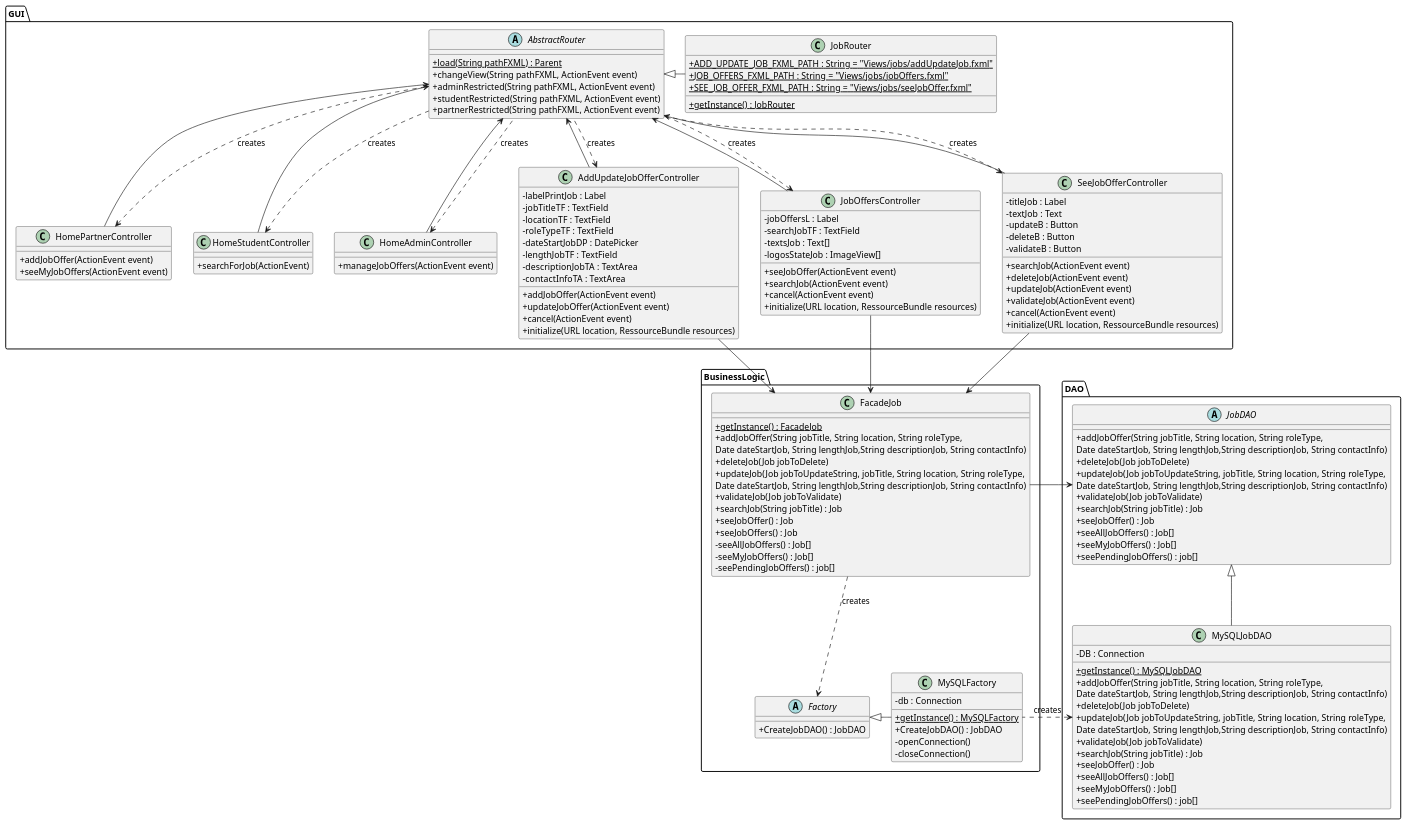
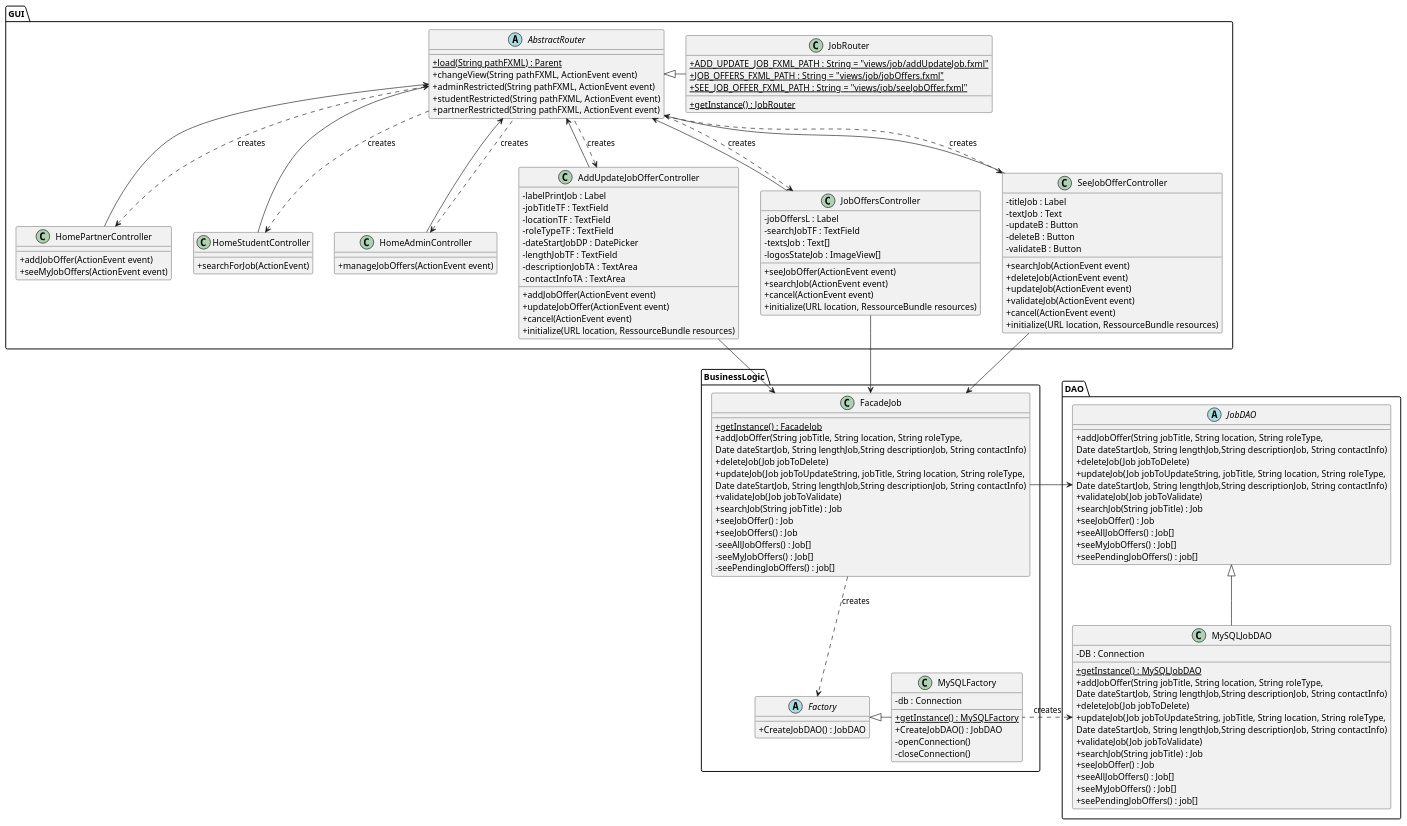
The diagram in project_diagrams/classDiagrams/jobManagement.puml (guiguie34/StudEasy), drawn with PlantUML before and after one commit. The commit also changed 7 other files, not shown here.

Commit message:
Fix : path views in the routers

```diff
--- a/project_diagrams/classDiagrams/jobManagement.puml
+++ b/project_diagrams/classDiagrams/jobManagement.puml
@@ -1,167 +1,167 @@
 @startuml
 skinparam classAttributeIconSize 0
 
 package GUI{
     abstract class AbstractRouter{
         + {static} load(String pathFXML) : Parent
         + changeView(String pathFXML, ActionEvent event)
         + adminRestricted(String pathFXML, ActionEvent event)
         + studentRestricted(String pathFXML, ActionEvent event)
         + partnerRestricted(String pathFXML, ActionEvent event)
     }
 
     class JobRouter{
-        + {static} ADD_UPDATE_JOB_FXML_PATH : String = "Views/jobs/addUpdateJob.fxml"
-        + {static} JOB_OFFERS_FXML_PATH : String = "Views/jobs/jobOffers.fxml"
-        + {static} SEE_JOB_OFFER_FXML_PATH : String = "Views/jobs/seeJobOffer.fxml"
+        + {static} ADD_UPDATE_JOB_FXML_PATH : String = "views/job/addUpdateJob.fxml"
+        + {static} JOB_OFFERS_FXML_PATH : String = "views/job/jobOffers.fxml"
+        + {static} SEE_JOB_OFFER_FXML_PATH : String = "views/job/seeJobOffer.fxml"
         + {static} getInstance() : JobRouter
     }
 
     class HomePartnerController{
         + addJobOffer(ActionEvent event)
         + seeMyJobOffers(ActionEvent event)
     }
 
     class HomeStudentController{
         + searchForJob(ActionEvent)
     }
 
     class HomeAdminController{
         + manageJobOffers(ActionEvent event)
     }
 
     class AddUpdateJobOfferController{
         - labelPrintJob : Label
         - jobTitleTF : TextField
         - locationTF : TextField
         - roleTypeTF : TextField
         - dateStartJobDP : DatePicker
         - lengthJobTF : TextField
         - descriptionJobTA : TextArea
         - contactInfoTA : TextArea
         + addJobOffer(ActionEvent event)
         + updateJobOffer(ActionEvent event)
         + cancel(ActionEvent event)
         + initialize(URL location, RessourceBundle resources)
     }
 
     class JobOffersController{
         - jobOffersL : Label
         - searchJobTF : TextField
         - textsJob : Text[]
         - logosStateJob : ImageView[]
         + seeJobOffer(ActionEvent event)
         + searchJob(ActionEvent event)
         + cancel(ActionEvent event)
         + initialize(URL location, RessourceBundle resources)
     }
 
     class SeeJobOfferController{
         - titleJob : Label
         - textJob : Text
         - updateB : Button
         - deleteB : Button
         - validateB : Button
         + searchJob(ActionEvent event)
         + deleteJob(ActionEvent event)
         + updateJob(ActionEvent event)
         + validateJob(ActionEvent event)
         + cancel(ActionEvent event)
         + initialize(URL location, RessourceBundle resources)
     }
 
         AbstractRouter <|-right- JobRouter
 
         AbstractRouter <-- HomePartnerController
         AbstractRouter <-- HomeStudentController
         AbstractRouter <-- HomeAdminController
         AbstractRouter <-- AddUpdateJobOfferController
         AbstractRouter <-- JobOffersController
         AbstractRouter <-- SeeJobOfferController
 
         HomePartnerController <.. AbstractRouter : creates
         HomeStudentController <.. AbstractRouter : creates
         HomeAdminController <.. AbstractRouter : creates
         AddUpdateJobOfferController <.. AbstractRouter : creates
         JobOffersController <.. AbstractRouter : creates
         SeeJobOfferController <.. AbstractRouter : creates
 }
 
 package BusinessLogic{
 
     class FacadeJob{
         + {static} getInstance() : FacadeJob
         + addJobOffer(String jobTitle, String location, String roleType,
          Date dateStartJob, String lengthJob,String descriptionJob, String contactInfo)
         + deleteJob(Job jobToDelete)
         + updateJob(Job jobToUpdateString, jobTitle, String location, String roleType,
           Date dateStartJob, String lengthJob,String descriptionJob, String contactInfo)
         + validateJob(Job jobToValidate)
         + searchJob(String jobTitle) : Job
         + seeJobOffer() : Job
         + seeJobOffers() : Job
         - seeAllJobOffers() : Job[]
         - seeMyJobOffers() : Job[]
         - seePendingJobOffers() : job[]
     }
 
     abstract class Factory{
         + CreateJobDAO() : JobDAO
     }
 
     class MySQLFactory{
         - db : Connection
         + {static} getInstance() : MySQLFactory
         + CreateJobDAO() : JobDAO
         - openConnection()
         - closeConnection()
     }
 
 
     AddUpdateJobOfferController --> FacadeJob
     JobOffersController --> FacadeJob
     SeeJobOfferController --> FacadeJob
 
     FacadeJob ..> Factory  : creates
     MySQLFactory -left-|> Factory
 }
 
 package DAO{
 
     abstract class JobDAO{
         + addJobOffer(String jobTitle, String location, String roleType,
          Date dateStartJob, String lengthJob,String descriptionJob, String contactInfo)
         + deleteJob(Job jobToDelete)
         + updateJob(Job jobToUpdateString, jobTitle, String location, String roleType,
           Date dateStartJob, String lengthJob,String descriptionJob, String contactInfo)
         + validateJob(Job jobToValidate)
         + searchJob(String jobTitle) : Job
         + seeJobOffer() : Job
         + seeAllJobOffers() : Job[]
         + seeMyJobOffers() : Job[]
         + seePendingJobOffers() : job[]
     }
 
     class MySQLJobDAO{
         - DB : Connection
         + {static} getInstance() : MySQLJobDAO
         + addJobOffer(String jobTitle, String location, String roleType,
          Date dateStartJob, String lengthJob,String descriptionJob, String contactInfo)
         + deleteJob(Job jobToDelete)
         + updateJob(Job jobToUpdateString, jobTitle, String location, String roleType,
           Date dateStartJob, String lengthJob,String descriptionJob, String contactInfo)
         + validateJob(Job jobToValidate)
         + searchJob(String jobTitle) : Job
         + seeJobOffer() : Job
         + seeAllJobOffers() : Job[]
         + seeMyJobOffers() : Job[]
         + seePendingJobOffers() : job[]
     }
 
     MySQLJobDAO -up-|> JobDAO
     JobDAO <-right- FacadeJob
 
     MySQLJobDAO <.right. MySQLFactory : creates
 }
 
 @enduml
```
